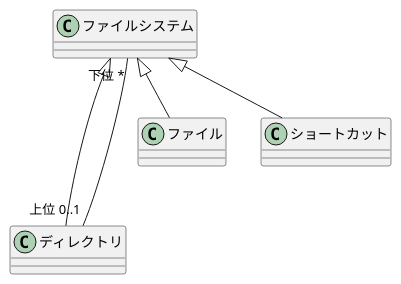
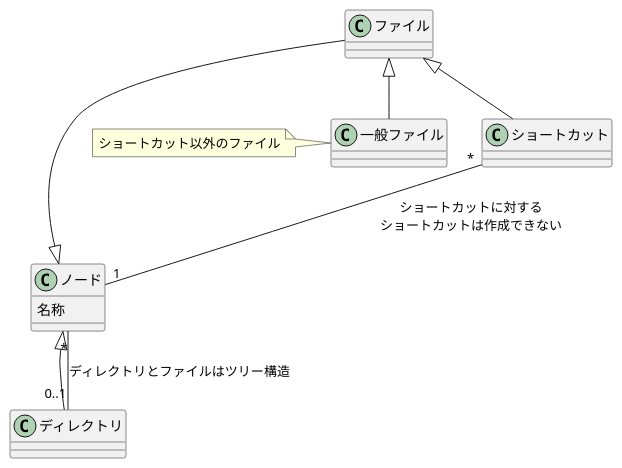
Before and after one commit to yinm/uml-modeling-lesson: the diagram in ch09/excercise/9-2.puml, drawn with PlantUML. The commit also changed 2 other files, not shown here.

```diff
--- a/ch09/excercise/9-2.puml
+++ b/ch09/excercise/9-2.puml
@@ -1,14 +1,21 @@
 @startuml
 
-class ファイルシステム
+class ノード {
+  名称
+}
+
 class ディレクトリ
 class ファイル
+class 一般ファイル
+note left: ショートカット以外のファイル
 class ショートカット
 
-ファイルシステム <|-- ディレクトリ
-ファイルシステム <|-- ファイル
-ファイルシステム <|-- ショートカット
+ノード <|-- ディレクトリ
+ノード <|-- ファイル
+ファイル <|-- 一般ファイル
+ファイル <|-- ショートカット
 
-ファイルシステム "下位 *"---"上位 0..1" ディレクトリ
+ノード "*"--"0..1" ディレクトリ : ディレクトリとファイルはツリー構造
+ショートカット "*"--"1" ノード : ショートカットに対する\nショートカットは作成できない
 
 @enduml
```
